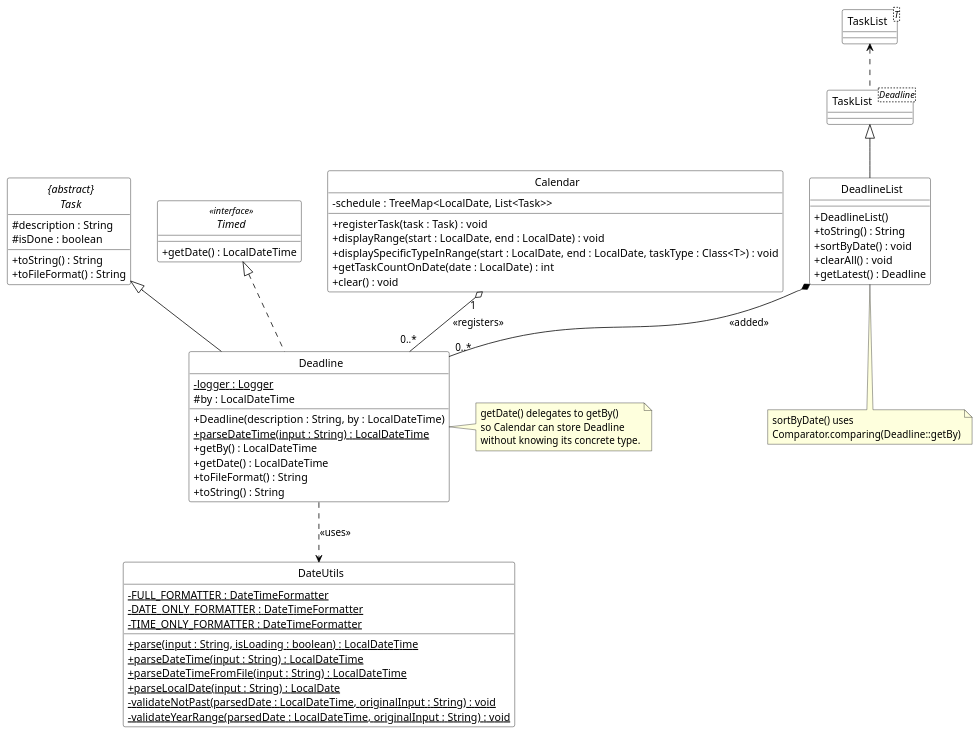
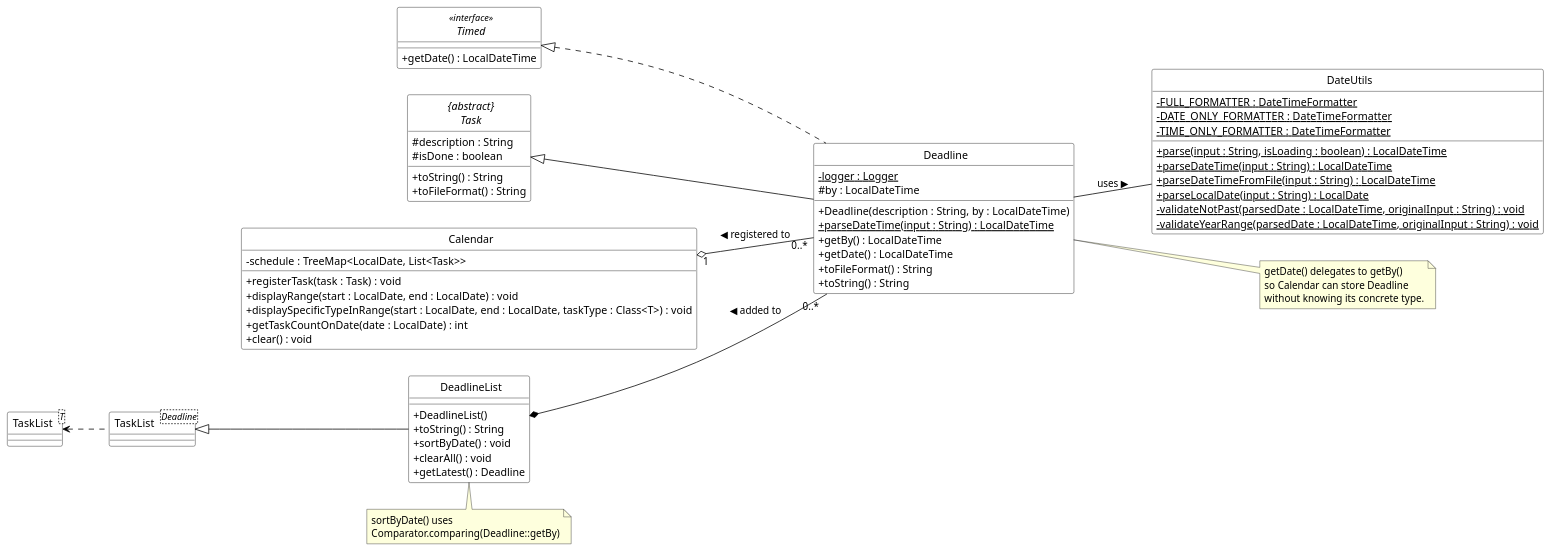
Before and after one commit to sushmiithaa/tp: the diagram in docs/puml/DeadlineClassDiagram.puml, drawn with PlantUML. The commit also changed 4 other files, not shown here.

Commit message:
Updated UML to adhere to standards

```diff
--- a/docs/puml/DeadlineClassDiagram.puml
+++ b/docs/puml/DeadlineClassDiagram.puml
@@ -1,88 +1,90 @@
 @startuml DeadlineClassDiagram
+
+left to right direction
 skinparam classAttributeIconSize 0
 skinparam CircledCharacterFontSize 0
 skinparam CircledCharacterRadius 0
 skinparam class {
     BackgroundColor White
     BorderColor Black
     ArrowColor Black
 }
 
 interface Timed <<interface>> {
     + getDate() : LocalDateTime
 }
 
 abstract class "{abstract}\nTask" as Task{
     # description : String
     # isDone : boolean
     + toString() : String
     + toFileFormat() : String
 }
 
 class Deadline {
     - logger : Logger {static}
     # by : LocalDateTime
     + Deadline(description : String, by : LocalDateTime)
     + parseDateTime(input : String) : LocalDateTime {static}
     + getBy() : LocalDateTime
     + getDate() : LocalDateTime
     + toFileFormat() : String
     + toString() : String
 }
 
 class DeadlineList {
     + DeadlineList()
     + toString() : String
     + sortByDate() : void
     + clearAll() : void
     + getLatest() : Deadline
 }
 
 class "TaskList<T>" as TaskListT {
 }
 
 class "TaskList<Deadline>" as TaskListDeadline {
 }
 
 
 class DateUtils {
     - FULL_FORMATTER : DateTimeFormatter {static}
     - DATE_ONLY_FORMATTER : DateTimeFormatter {static}
     - TIME_ONLY_FORMATTER : DateTimeFormatter {static}
     + parse(input : String, isLoading : boolean) : LocalDateTime {static}
     + parseDateTime(input : String) : LocalDateTime {static}
     + parseDateTimeFromFile(input : String) : LocalDateTime {static}
     + parseLocalDate(input : String) : LocalDate {static}
     - validateNotPast(parsedDate : LocalDateTime, originalInput : String) : void {static}
     - validateYearRange(parsedDate : LocalDateTime, originalInput : String) : void {static}
 }
 
 class Calendar {
     - schedule : TreeMap<LocalDate, List<Task>>
     + registerTask(task : Task) : void
     + displayRange(start : LocalDate, end : LocalDate) : void
     + displaySpecificTypeInRange(start : LocalDate, end : LocalDate, taskType : Class<T>) : void
     + getTaskCountOnDate(date : LocalDate) : int
     + clear() : void
 }
 
 Task <|-- Deadline
 Timed <|.. Deadline
 TaskListT <.. TaskListDeadline
 TaskListDeadline <|-- DeadlineList
-DeadlineList *-- "0..*" Deadline : <<added>>
-Deadline ..> DateUtils : <<uses>>
-Calendar "1" o-- "0..*" Deadline : <<registers>>
+DeadlineList *-- "0..*" Deadline :  ◀ added to
+Deadline -- DateUtils : uses ▶
+Calendar "1" o-- "0..*" Deadline : ◀ registered to
 
 note right of Deadline
   getDate() delegates to getBy()
   so Calendar can store Deadline
   without knowing its concrete type.
 end note
 
 note bottom of DeadlineList
   sortByDate() uses
   Comparator.comparing(Deadline::getBy)
 end note
 
 @enduml
```
